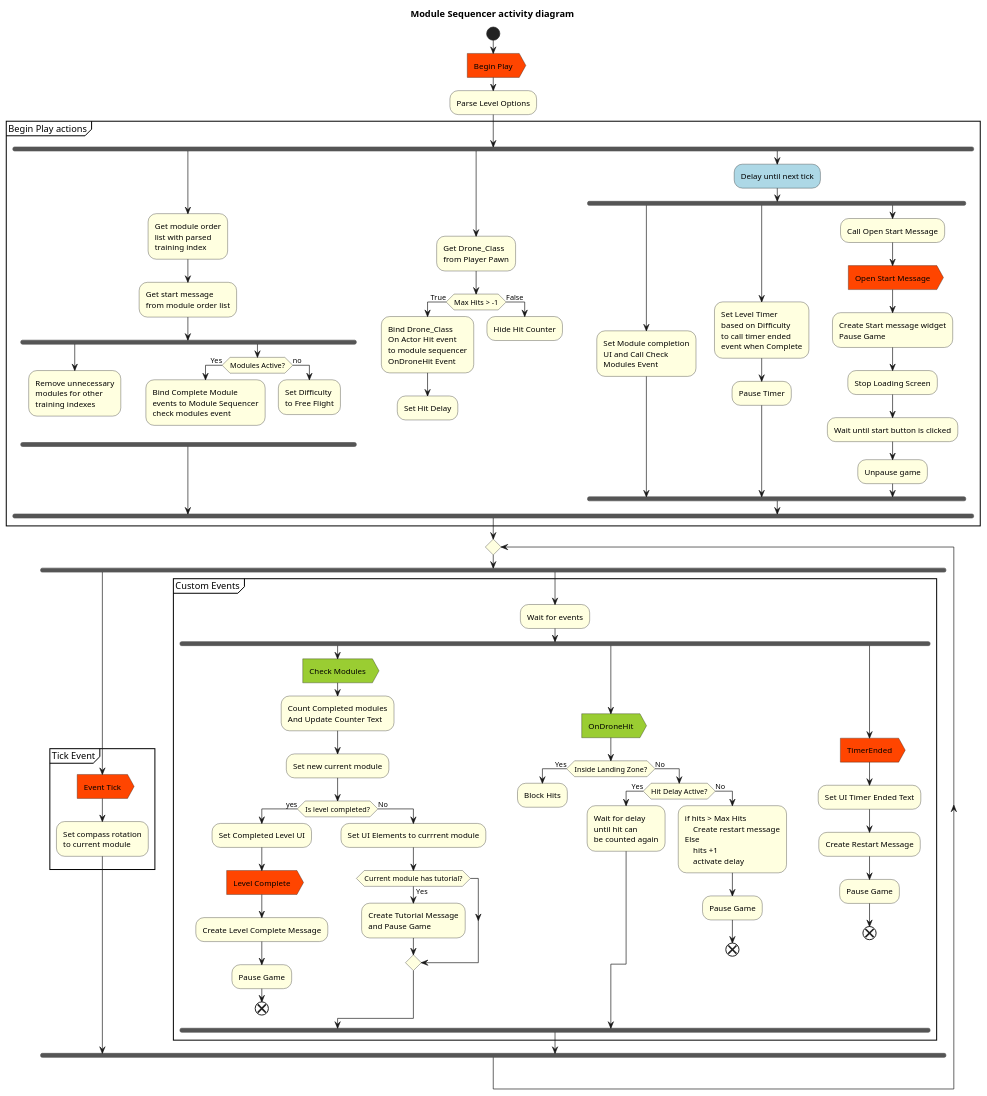
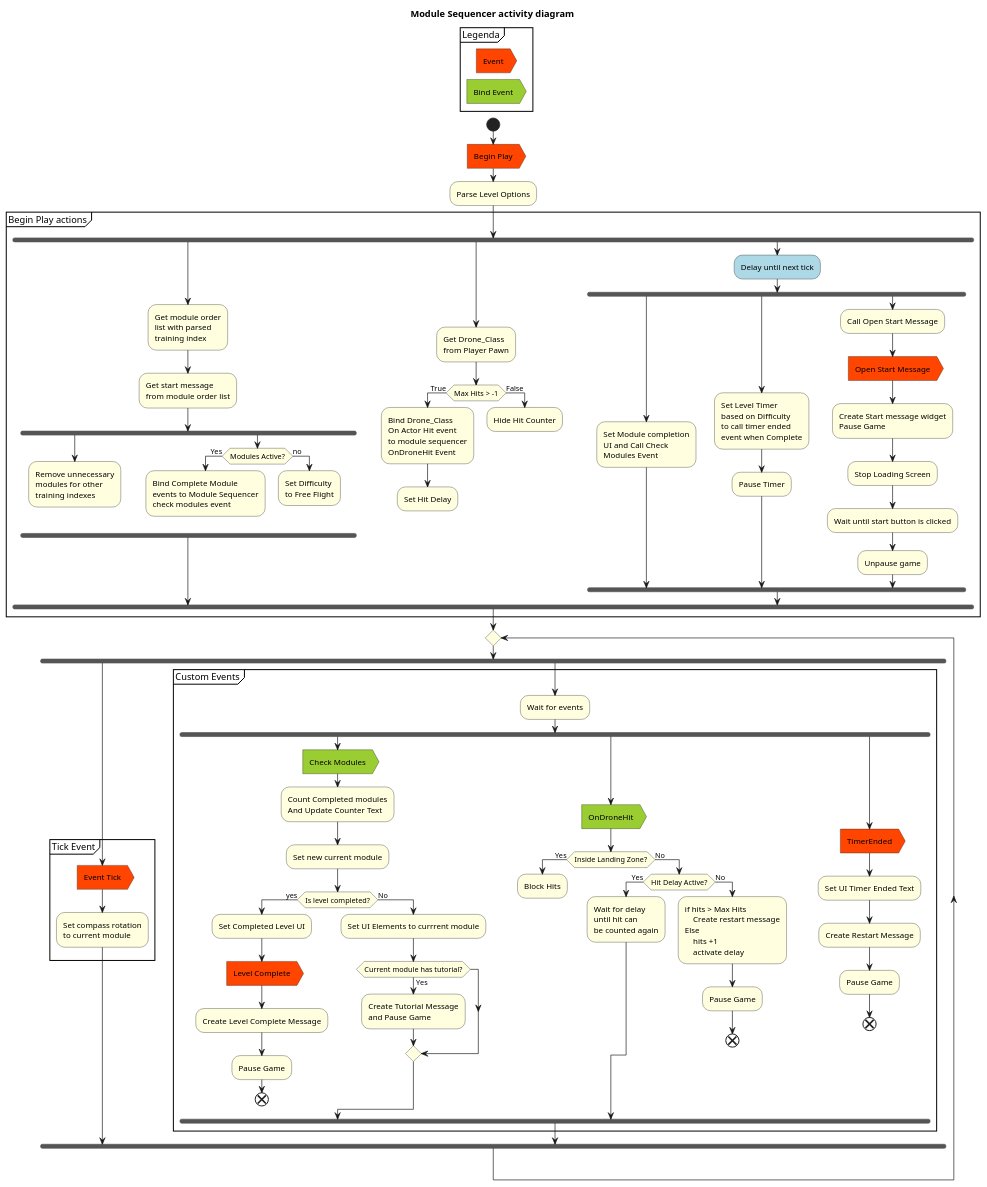
Before and after one commit to KingPungy/Drone_Simulation_UE: the diagram in Script/PlantUML/Module_Sequencer_Activity.puml, drawn with PlantUML.

Commit message:
added legenda to module sequencer diagram

```diff
--- a/Script/PlantUML/Module_Sequencer_Activity.puml
+++ b/Script/PlantUML/Module_Sequencer_Activity.puml
@@ -1,147 +1,155 @@
 @startuml
 title Module Sequencer activity diagram
 skinparam ActivityBackgroundColor lightyellow
+
+
+partition Legenda {
+    #OrangeRed:Event>
+    detach
+    #YellowGreen:Bind Event>
+    detach
+}
 
 start
 
 #OrangeRed:Begin Play>
 
 :Parse Level Options;
 
 partition Begin Play actions {
     fork
         :Get module order
         list with parsed
         training index;
 
         :Get start message
         from module order list;
         fork
             :Remove unnecessary
             modules for other
             training indexes;
             detach
         fork again
             if (Modules Active?) then (Yes)
                 :Bind Complete Module
                 events to Module Sequencer
                 check modules event;
                 detach
             else (no)
                 :Set Difficulty
                 to Free Flight;
                 detach
             endif
 
         end fork
 
     fork again
         :Get Drone_Class
         from Player Pawn;
         if (Max Hits > -1) then (True)
             :Bind Drone_Class
             On Actor Hit event
             to module sequencer
             OnDroneHit Event;
             :Set Hit Delay;
         else (False)
             :Hide Hit Counter;
         endif
         detach
 
     fork again
         #lightBlue:Delay until next tick;
         fork
             :Set Module completion
             UI and Call Check
             Modules Event;
         fork again
             :Set Level Timer
             based on Difficulty
             to call timer ended
             event when Complete;
             :Pause Timer;
         fork again
             :Call Open Start Message;
             #OrangeRed:Open Start Message>
             :Create Start message widget
             Pause Game;
             :Stop Loading Screen;
             :Wait until start button is clicked;
             :Unpause game;
         end fork
     end fork
 }
 
 repeat
 
     fork
     partition Tick Event {
     #orangered:Event Tick>
     :Set compass rotation 
     to current module;
     }
     
    
     fork again
     partition Custom Events {
     
     :Wait for events;
         ' check modules
         fork
             #YellowGreen:Check Modules>
             :Count Completed modules
             And Update Counter Text;
             :Set new current module;
 
             if (Is level completed?) then (yes)
                 :Set Completed Level UI;
                 #OrangeRed:Level Complete>
                 :Create Level Complete Message;
                 :Pause Game;
                 end
             else (No)
                 :Set UI Elements to currrent module;
                 if (Current module has tutorial?) then (Yes)
                     :Create Tutorial Message
                     and Pause Game;
                 endif
             endif
         ' On Drone Hit
         fork again
             #YellowGreen:OnDroneHit>
 
             if (Inside Landing Zone?) then (Yes)
                 :Block Hits;
                 detach
             else (No)
                 if (Hit Delay Active?) then (Yes)
                     :Wait for delay
                     until hit can
                     be counted again;
                 else (No)
                     :if hits > Max Hits
                     Create restart message
                 Else
                     hits +1
                     activate delay;
                     :Pause Game;
                     end
                 endif
             endif
 
         'Timer Ended 
         fork again
             #OrangeRed:TimerEnded>
             :Set UI Timer Ended Text;
             :Create Restart Message;
             :Pause Game;
             end
         end fork
     }
 
      end fork
 
 
 
     @enduml
```
